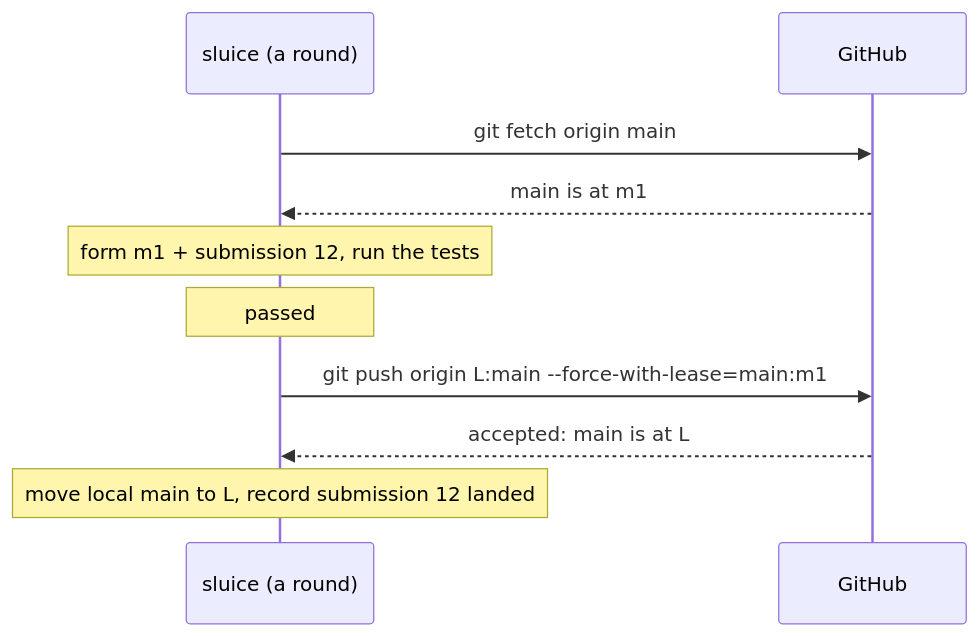
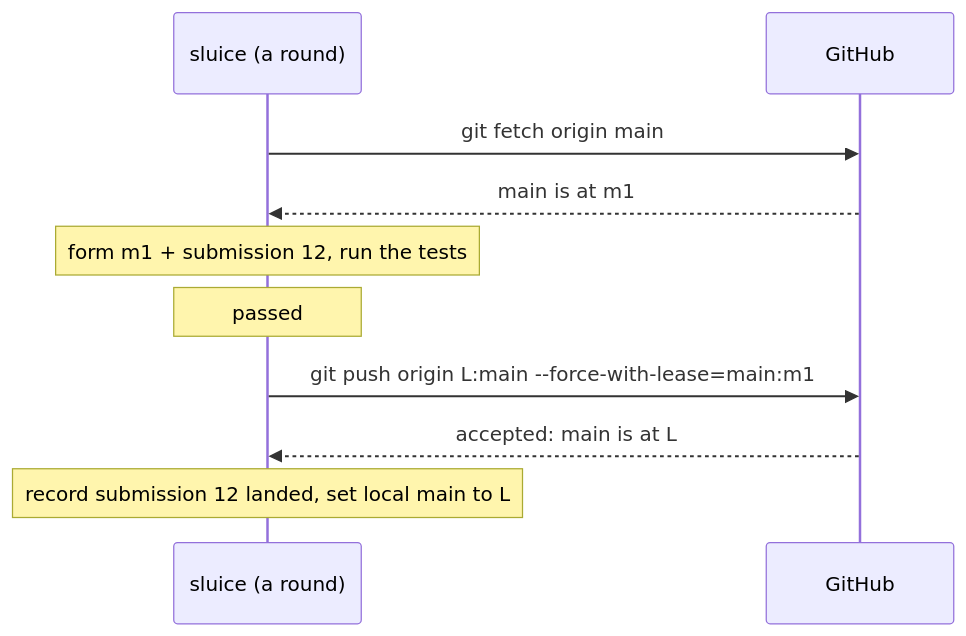
One commit to agentplot/sluice changed the diagram in site/src/content/docs/guides/github.md. Above: the diagram before and after it, drawn with Mermaid. The commit also changed other lines of this file and 2 other files, not shown here.

````diff
--- a/site/src/content/docs/guides/github.md
+++ b/site/src/content/docs/guides/github.md
@@ -61,12 +66,12 @@
 ```mermaid
 sequenceDiagram
     participant S as sluice (a round)
     participant G as GitHub
     S->>G: git fetch origin main
     G-->>S: main is at m1
     Note over S: form m1 + submission 12, run the tests
     Note over S: passed
     S->>G: git push origin L:main --force-with-lease=main:m1
     G-->>S: accepted: main is at L
-    Note over S: move local main to L, record submission 12 landed
+    Note over S: record submission 12 landed, set local main to L
 ```
````
